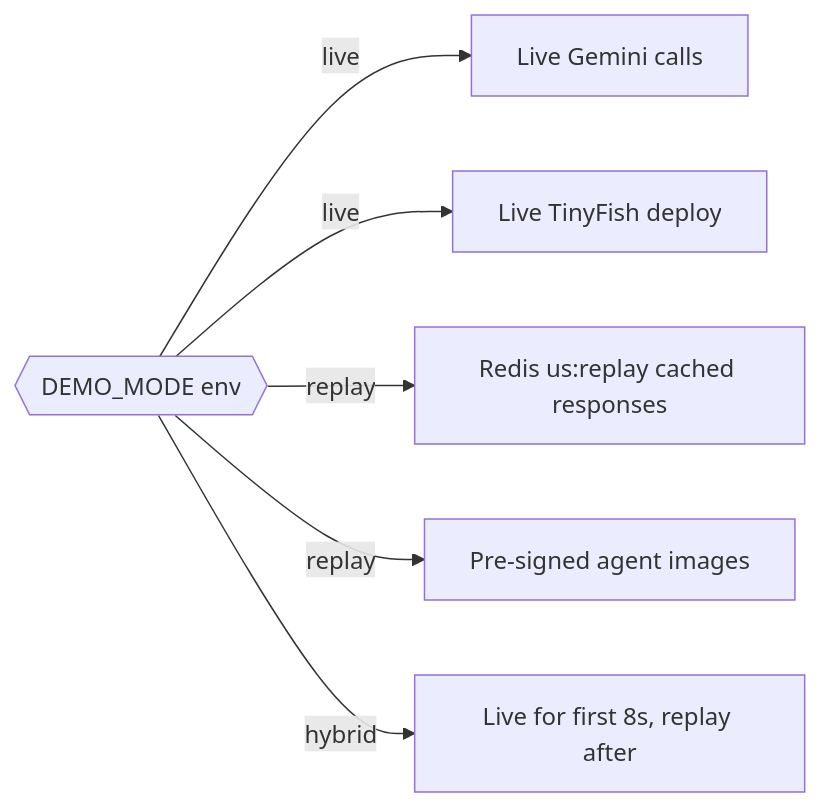
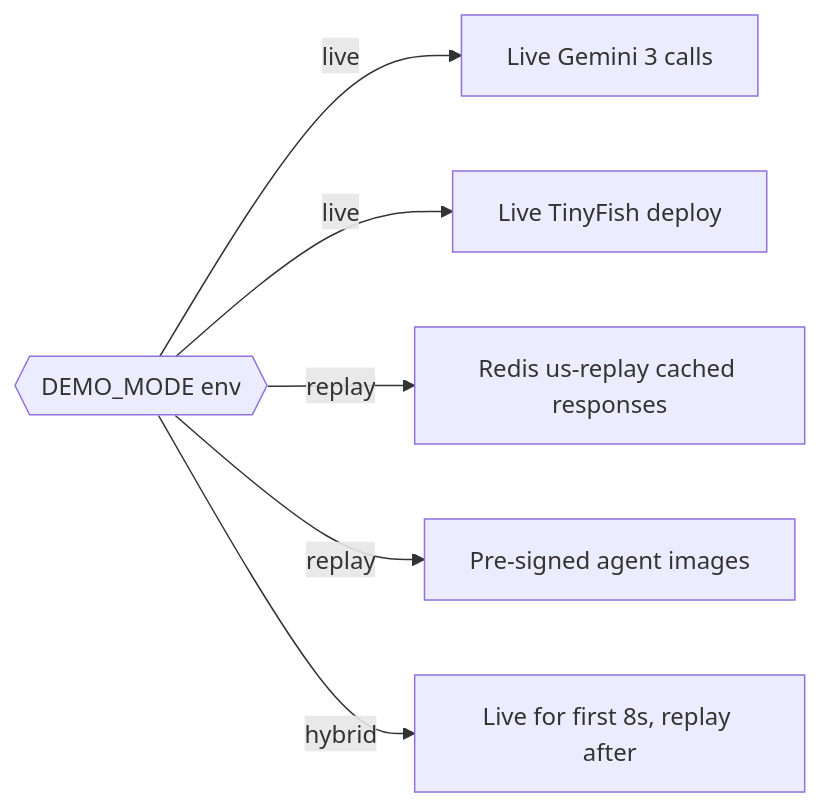
One commit to nihalnihalani/understudy changed the ninth of 9 diagrams in architecture.md. Above: the diagram before and after it, drawn with Mermaid. The commit also changed other lines of this file and 1 other file, not shown here.

````diff
--- a/architecture.md
+++ b/architecture.md
@@ -382,9 +559,9 @@
 ```mermaid
 flowchart LR
     ENV{{DEMO_MODE env}}
-    ENV -->|live| L1[Live Gemini calls]
+    ENV -->|live| L1[Live Gemini 3 calls]
     ENV -->|live| L2[Live TinyFish deploy]
-    ENV -->|replay| R1[Redis us:replay cached responses]
+    ENV -->|replay| R1[Redis us-replay cached responses]
     ENV -->|replay| R2[Pre-signed agent images]
     ENV -->|hybrid| H1[Live for first 8s, replay after]
 ```
````
